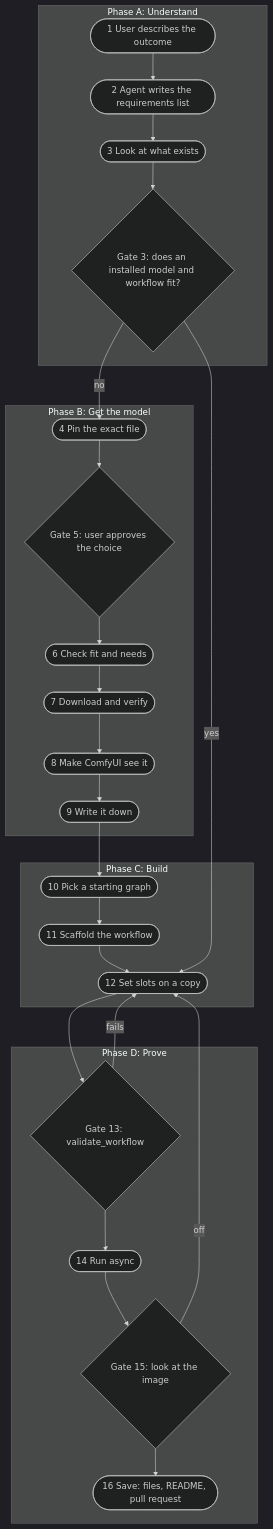
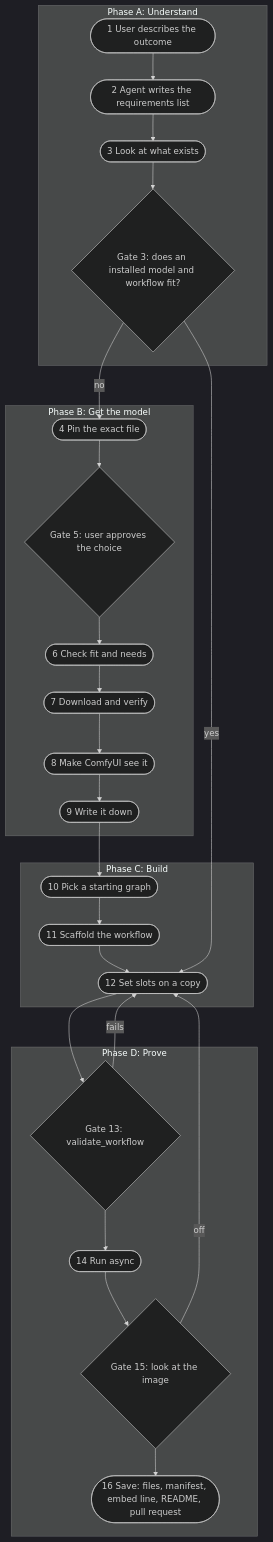
One commit to hieplam/horus changed the diagram in docs/style-to-workflow.md. Above: the diagram before and after it, drawn with Mermaid (dark theme). The commit also changed other lines of this file and 10 other files, not shown here.

First line of the commit message:
docs: make every diagram and instruction match the current design (#173)

````diff
--- a/docs/style-to-workflow.md
+++ b/docs/style-to-workflow.md
@@ -17,30 +17,30 @@
 ```mermaid
 flowchart TD
   subgraph A[Phase A: Understand]
     S1([1 User describes the outcome]) --> S2([2 Agent writes the requirements list])
     S2 --> S3([3 Look at what exists])
     S3 --> G3{Gate 3: does an installed model and workflow fit?}
   end
   subgraph B[Phase B: Get the model]
     S4([4 Pin the exact file]) --> S5{Gate 5: user approves the choice}
     S5 --> S6([6 Check fit and needs])
     S6 --> S7([7 Download and verify])
     S7 --> S8([8 Make ComfyUI see it])
     S8 --> S9([9 Write it down])
   end
   subgraph C[Phase C: Build]
     S10([10 Pick a starting graph]) --> S11([11 Scaffold the workflow])
     S11 --> S12([12 Set slots on a copy])
   end
   subgraph D[Phase D: Prove]
     S13{Gate 13: validate_workflow} --> S14([14 Run async])
     S14 --> S15{Gate 15: look at the image}
-    S15 --> S16([16 Save: files, README, pull request])
+    S15 --> S16([16 Save: files, manifest, embed line, README, pull request])
   end
   G3 -- no --> S4
   G3 -- yes --> S12
   S9 --> S10
   S12 --> S13
   S13 -- fails --> S12
   S15 -- off --> S12
 ```
````
